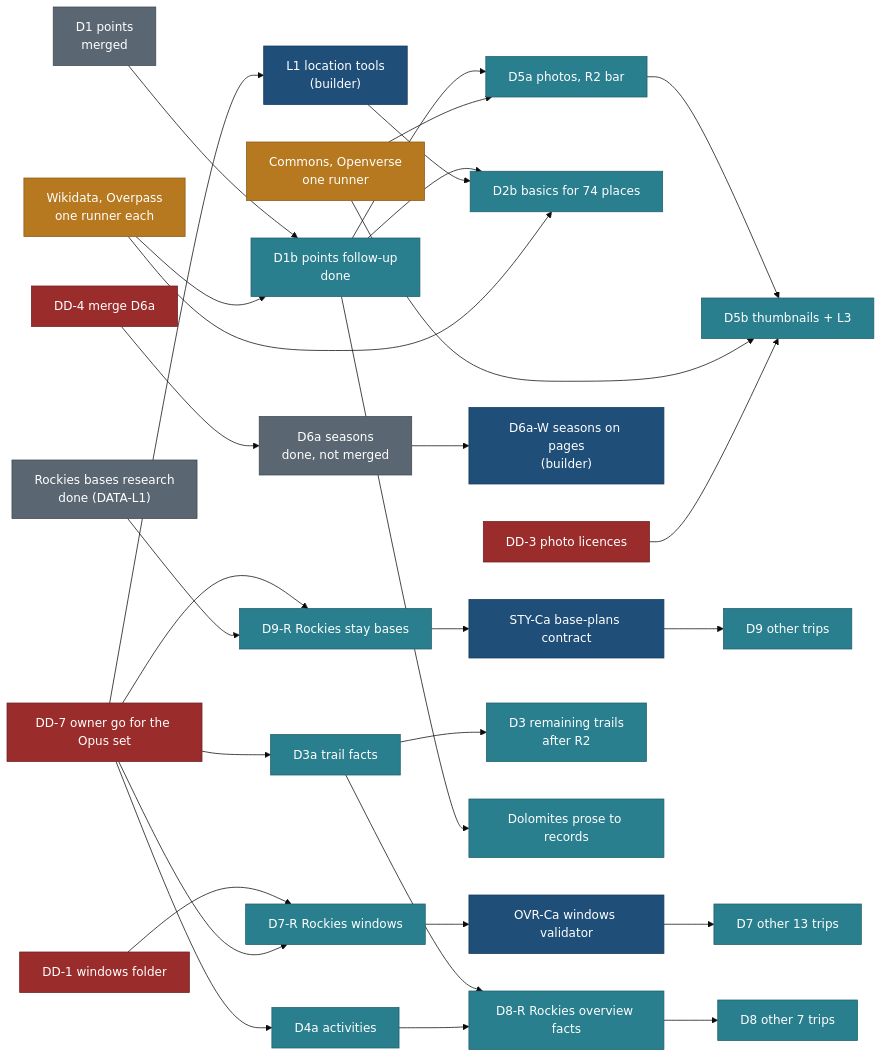
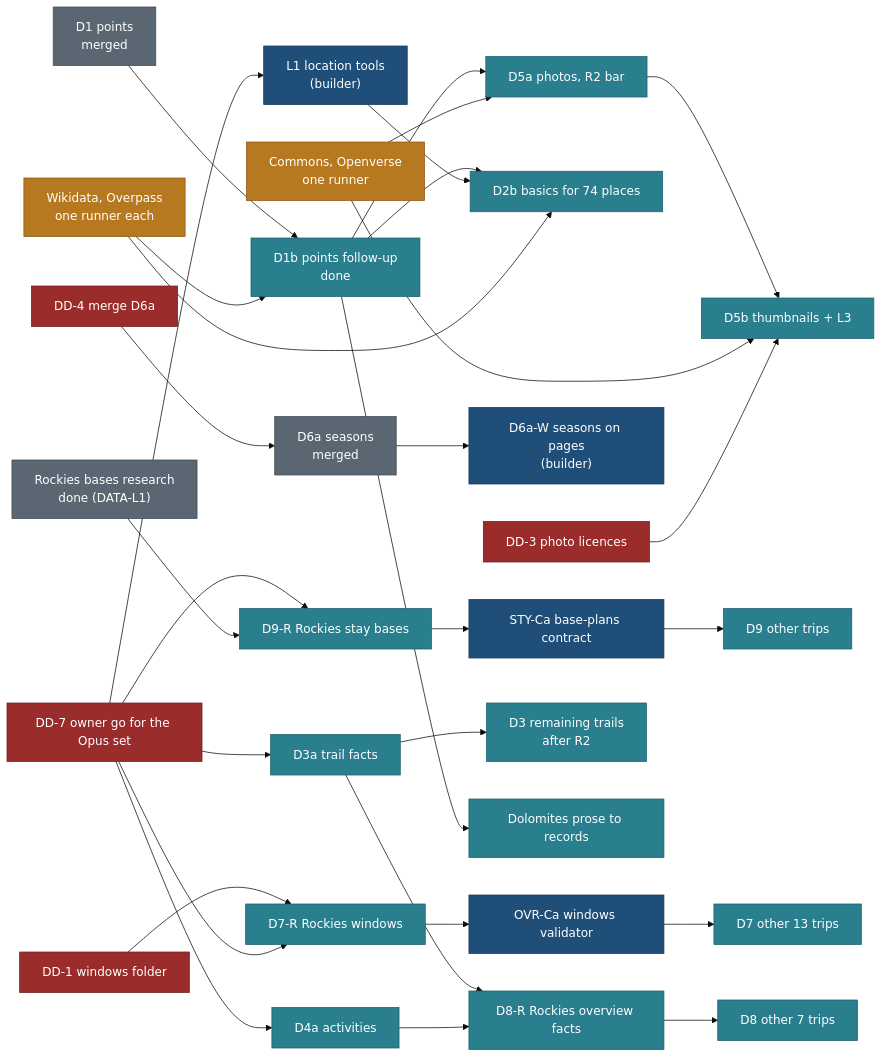
The diagram in docs/v2/build/public-site/DATA-ROADMAP.md (nitin27may/travel), drawn with Mermaid (base theme) before and after one commit. The commit also changed other lines of this file, not shown here.

First line of the commit message:
docs(ROADMAP-REFRESH): DATA-ROADMAP states checked against main, commits added

````diff
--- a/docs/v2/build/public-site/DATA-ROADMAP.md
+++ b/docs/v2/build/public-site/DATA-ROADMAP.md
@@ -88,61 +90,61 @@
 ```mermaid
 flowchart LR
   classDef done fill:#5A6772,stroke:#3E4850,color:#FFFFFF
   classDef batch fill:#2A7F8F,stroke:#1E5F6B,color:#FFFFFF
   classDef code fill:#1F4E79,stroke:#163A5A,color:#FFFFFF
   classDef ext fill:#B7791F,stroke:#8A5A12,color:#FFFFFF
   classDef block fill:#9B2C2C,stroke:#6E1F1F,color:#FFFFFF
 
   D1["D1 points<br/>merged"]:::done
   BANFF["Rockies bases research<br/>done (DATA-L1)"]:::done
-  D6A["D6a seasons<br/>done, not merged"]:::done
+  D6A["D6a seasons<br/>merged"]:::done
   D1B["D1b points follow-up<br/>done"]:::batch
   D3A["D3a trail facts"]:::batch
   D4A["D4a activities"]:::batch
   D7R["D7-R Rockies windows"]:::batch
   D8R["D8-R Rockies overview facts"]:::batch
   D9R["D9-R Rockies stay bases"]:::batch
   L1["L1 location tools<br/>(builder)"]:::code
   D2B["D2b basics for 74 places"]:::batch
   D5A["D5a photos, R2 bar"]:::batch
   D5B["D5b thumbnails + L3"]:::batch
   D6AW["D6a-W seasons on pages<br/>(builder)"]:::code
   OVRC["OVR-Ca windows validator"]:::code
   STYC["STY-Ca base-plans contract"]:::code
   D7["D7 other 13 trips"]:::batch
   D8["D8 other 7 trips"]:::batch
   D9["D9 other trips"]:::batch
   D3["D3 remaining trails<br/>after R2"]:::batch
   DP["Dolomites prose to records"]:::batch
   COM["Commons, Openverse<br/>one runner"]:::ext
   WD["Wikidata, Overpass<br/>one runner each"]:::ext
   DD1["DD-1 windows folder"]:::block
   DD3["DD-3 photo licences"]:::block
   DD4["DD-4 merge D6a"]:::block
   DD7["DD-7 owner go for the Opus set"]:::block
 
   D1 --> D1B
   D1B --> D5A --> D5B
   D1B --> D2B
   L1 --> D2B
   D1B --> DP
   WD --> D1B
   WD --> D2B
   COM --> D5A
   COM --> D5B
   DD3 --> D5B
   DD4 --> D6A --> D6AW
   DD1 --> D7R
   DD7 --> D3A
   DD7 --> D4A
   DD7 --> D7R
   DD7 --> D9R
   DD7 --> L1
   BANFF --> D9R
   D3A --> D8R
   D4A --> D8R
   D8R --> D8
   D7R --> OVRC --> D7
   D9R --> STYC --> D9
   D3A --> D3
 ```
````
